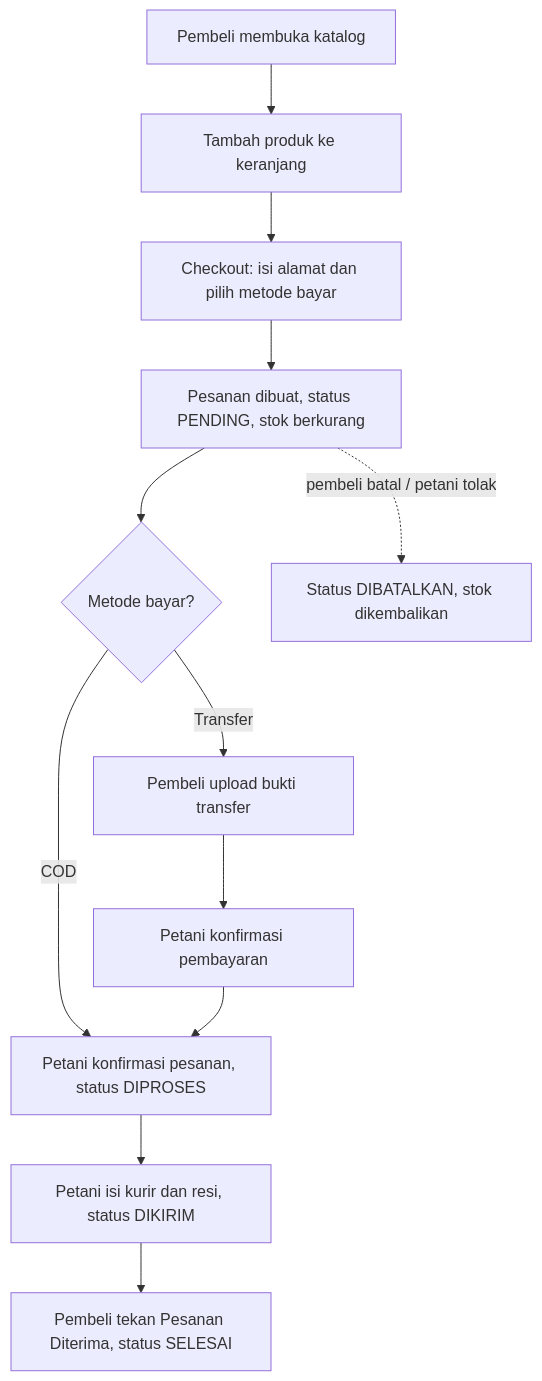
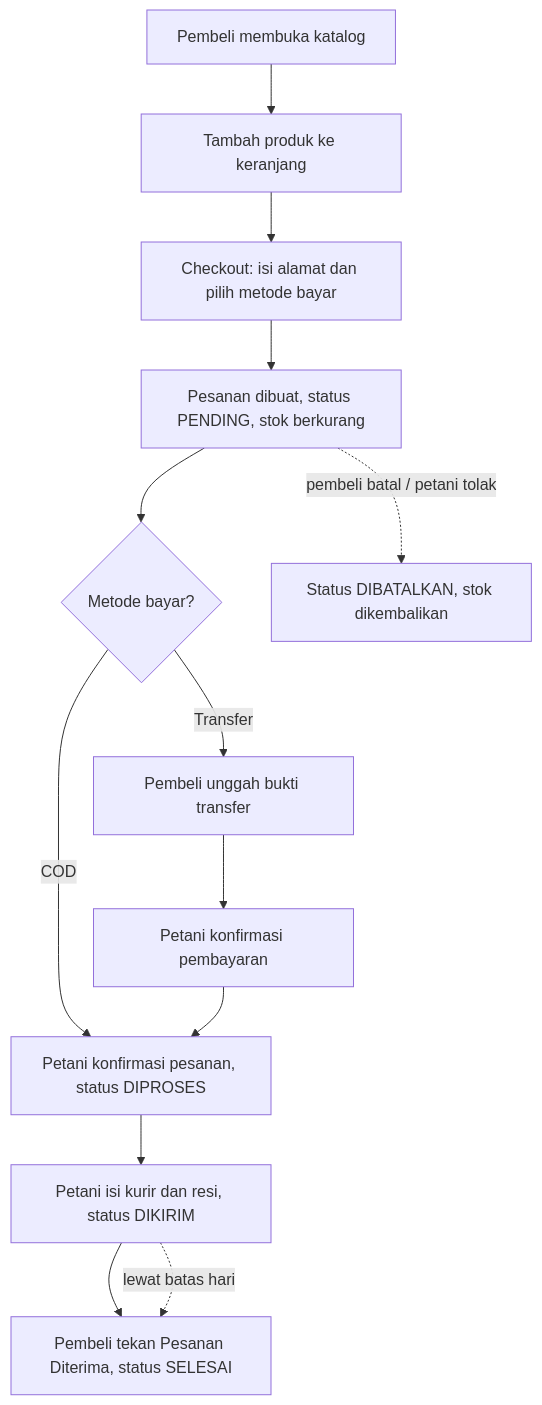
One commit to mochammadilham55/TaniMart changed the second of 3 diagrams in README.md. Above: the diagram before and after it, drawn with Mermaid. The commit also changed other lines of this file, not shown here.

````diff
--- a/README.md
+++ b/README.md
@@ -20,14 +174,15 @@
 ```mermaid
 flowchart TD
     A[Pembeli membuka katalog] --> B[Tambah produk ke keranjang]
     B --> C[Checkout: isi alamat dan pilih metode bayar]
     C --> D[Pesanan dibuat, status PENDING, stok berkurang]
     D --> E{Metode bayar?}
-    E -- Transfer --> F[Pembeli upload bukti transfer]
+    E -- Transfer --> F[Pembeli unggah bukti transfer]
     F --> G[Petani konfirmasi pembayaran]
     E -- COD --> H
     G --> H[Petani konfirmasi pesanan, status DIPROSES]
     H --> I[Petani isi kurir dan resi, status DIKIRIM]
     I --> J[Pembeli tekan Pesanan Diterima, status SELESAI]
+    I -. lewat batas hari .-> J
     D -. pembeli batal / petani tolak .-> X[Status DIBATALKAN, stok dikembalikan]
 ```
````
